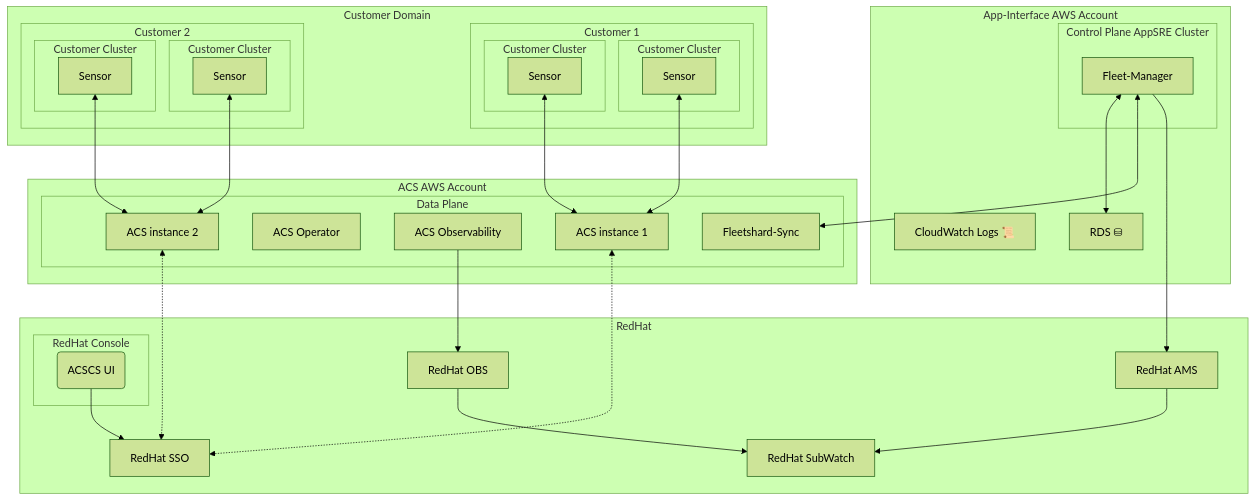
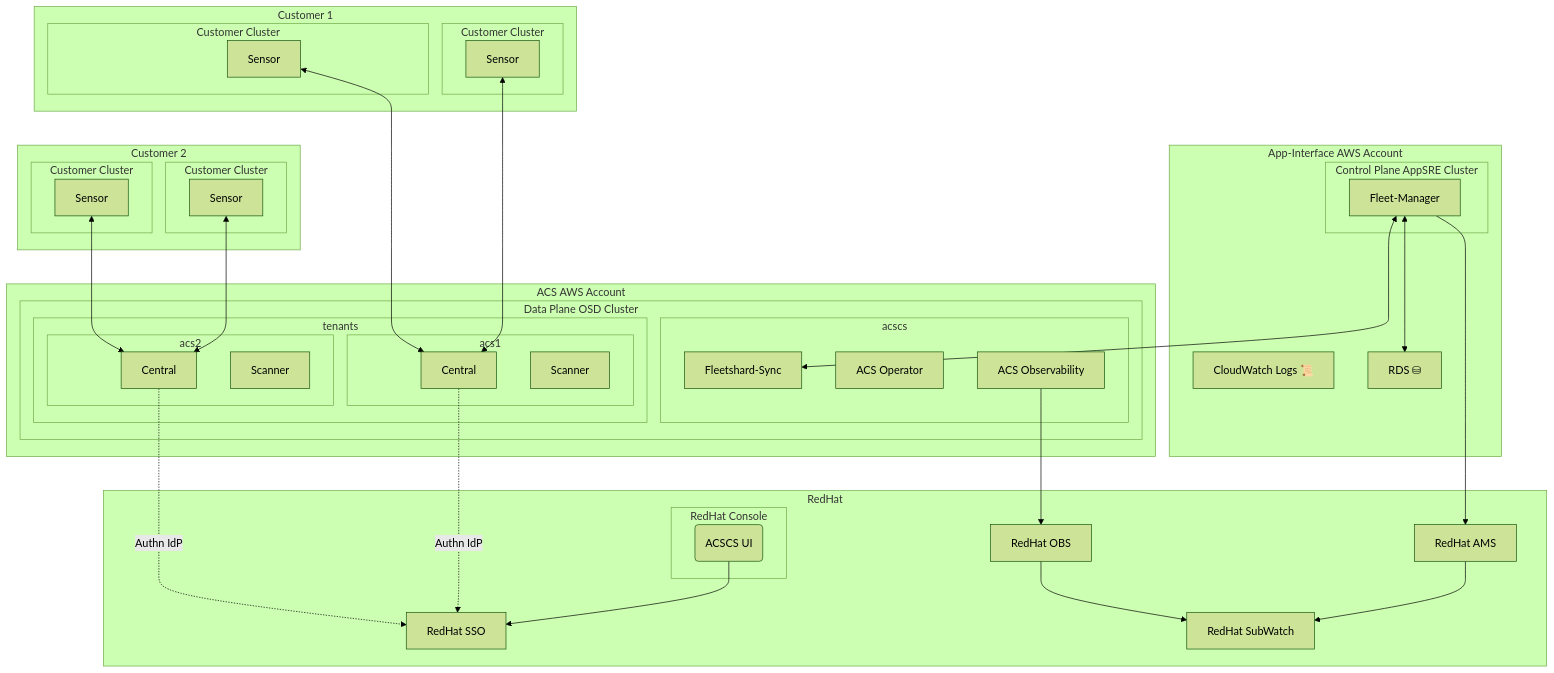
One commit to stackrox/acs-fleet-manager changed the diagram in docs/architecture/images/acscs_architecture.md. Above: the diagram before and after it, drawn with Mermaid (forest theme). The commit also changed other lines of this file, not shown here.

Commit message:
Architecture diagram

````diff
--- a/docs/architecture/images/acscs_architecture.md
+++ b/docs/architecture/images/acscs_architecture.md
@@ -3,70 +3,79 @@
 ```mermaid
 graph
     direction LR
 
     subgraph rh[RedHat]
         subgraph RedHat Console
             ui(ACSCS UI)
         end
         sso[RedHat SSO]
         ams[RedHat AMS]
         subwatch[RedHat SubWatch]
         obs[RedHat OBS]
 
         ui --> sso
     end
 
     subgraph ai[App-Interface AWS Account]
         subgraph Control Plane AppSRE Cluster
             fm[Fleet-Manager]
         end
         cplogs["CloudWatch Logs 📜"]
         cprds["RDS ⛁"]
 
         fm <--> cprds
     end
 
     subgraph acsaws[ACS AWS Account]
-        subgraph Data Plane
-            fs[Fleetshard-Sync]
-            acsop[ACS Operator]
-            acsobs[ACS Observability]
-            acs1[ACS instance 1]
-            acs2[ACS instance 2]
+        subgraph Data Plane OSD Cluster
+            
+            subgraph tenants
+                subgraph acs1
+                    acs1central[Central]
+                    acs1scanner[Scanner]
+                end
+                subgraph acs2
+                    acs2central[Central]
+                    acs2scanner[Scanner]
+                end
+            end
+            subgraph acscs
+                fs[Fleetshard-Sync]
+                acsop[ACS Operator]
+                acsobs[ACS Observability]
+            end
 
             fm<-->fs
-            acs1<-.->sso
-            acs2<-.->sso
+            acs1central-.Authn IdP.->sso
+            acs2central-.Authn IdP.->sso
         end
     end
 
     fm-->ams
     ams-->subwatch
     obs-->subwatch
     acsobs-->obs
 
-    subgraph Customer Domain
-        subgraph Customer 1
-            subgraph Customer Cluster
-                c1s1[Sensor]
-            end
-            subgraph Customer Cluster
-                c1s2[Sensor]
-            end
+    subgraph c1[Customer 1]
+        subgraph Customer Cluster
+            c1s1[Sensor]
         end
-        c1s1 <--> acs1
-        c1s2 <--> acs1
+        subgraph Customer Cluster
+            c1s2[Sensor]
+        end
+    end
+    c1s1 <--> acs1central
+    c1s2 <--> acs1central
 
-        subgraph Customer 2
-            subgraph Customer Cluster
-                c2s1[Sensor]
-            end
-            subgraph Customer Cluster
-                c2s2[Sensor]
-            end
+    subgraph c2[Customer 2]
+        subgraph Customer Cluster
+            c2s1[Sensor]
         end
-        c2s1 <--> acs2
-        c2s2 <--> acs2
+        subgraph Customer Cluster
+            c2s2[Sensor]
+        end
     end
-    
+    c1 ~~~ c2
+    c2s1 <--> acs2central
+    c2s2 <--> acs2central
 ```
````
